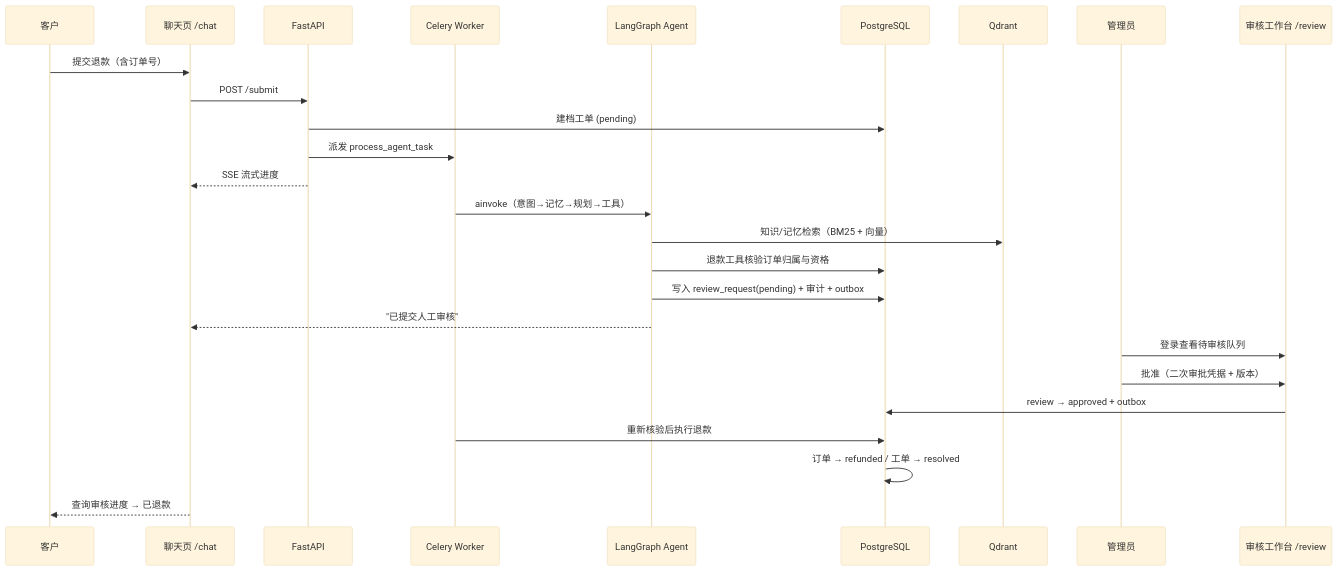
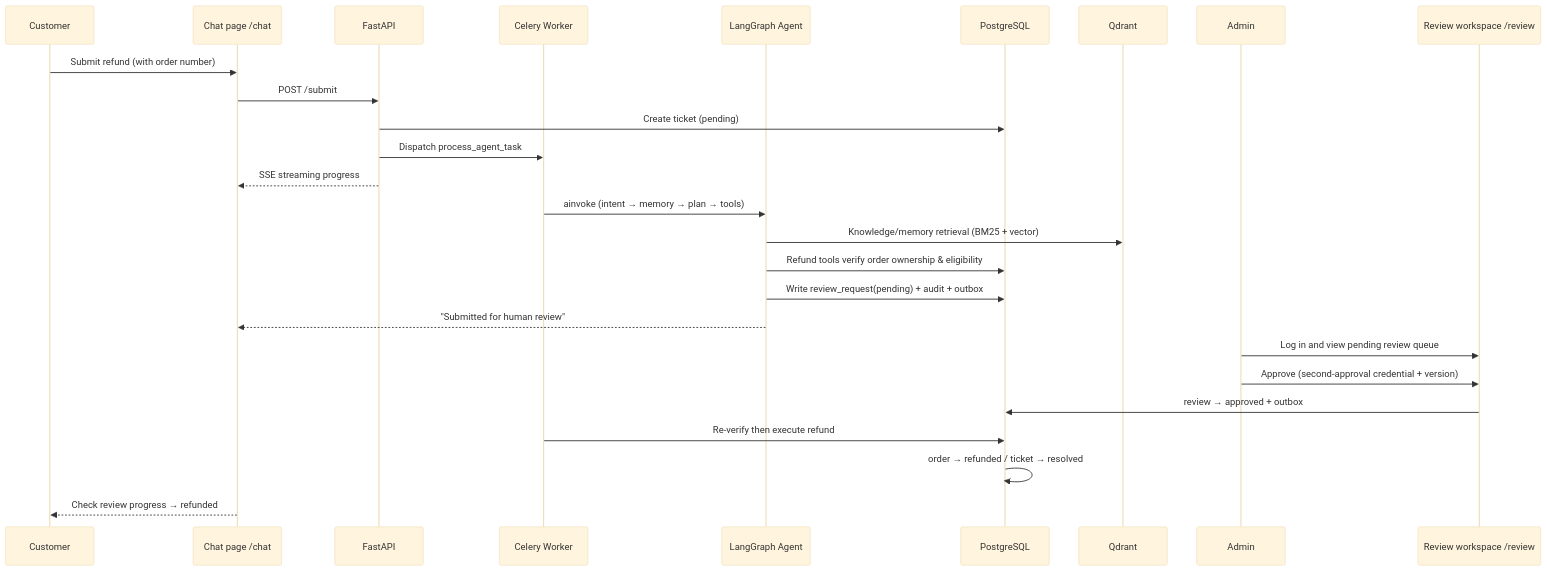
Before and after one commit to OliverKatKat/customer_service_agent: the second of 2 diagrams in README.md, drawn with Mermaid (base theme). The commit also changed other lines of this file, not shown here.

````diff
--- a/README.md
+++ b/README.md
@@ -46,29 +46,29 @@
 ```mermaid
 sequenceDiagram
-    participant C as 客户
-    participant UI as 聊天页 /chat
+    participant C as Customer
+    participant UI as Chat page /chat
     participant API as FastAPI
     participant W as Celery Worker
     participant A as LangGraph Agent
     participant DB as PostgreSQL
     participant Q as Qdrant
-    participant AD as 管理员
-    participant RB as 审核工作台 /review
+    participant AD as Admin
+    participant RB as Review workspace /review
 
-    C->>UI: 提交退款（含订单号）
+    C->>UI: Submit refund (with order number)
     UI->>API: POST /submit
-    API->>DB: 建档工单 (pending)
-    API->>W: 派发 process_agent_task
-    API-->>UI: SSE 流式进度
-    W->>A: ainvoke（意图→记忆→规划→工具）
-    A->>Q: 知识/记忆检索（BM25 + 向量）
-    A->>DB: 退款工具核验订单归属与资格
-    A->>DB: 写入 review_request(pending) + 审计 + outbox
-    A-->>UI: "已提交人工审核"
-    AD->>RB: 登录查看待审核队列
-    AD->>RB: 批准（二次审批凭据 + 版本）
+    API->>DB: Create ticket (pending)
+    API->>W: Dispatch process_agent_task
+    API-->>UI: SSE streaming progress
+    W->>A: ainvoke (intent → memory → plan → tools)
+    A->>Q: Knowledge/memory retrieval (BM25 + vector)
+    A->>DB: Refund tools verify order ownership & eligibility
+    A->>DB: Write review_request(pending) + audit + outbox
+    A-->>UI: "Submitted for human review"
+    AD->>RB: Log in and view pending review queue
+    AD->>RB: Approve (second-approval credential + version)
     RB->>DB: review → approved + outbox
-    W->>DB: 重新核验后执行退款
-    DB->>DB: 订单 → refunded / 工单 → resolved
-    UI-->>C: 查询审核进度 → 已退款
+    W->>DB: Re-verify then execute refund
+    DB->>DB: order → refunded / ticket → resolved
+    UI-->>C: Check review progress → refunded
 ```
````
